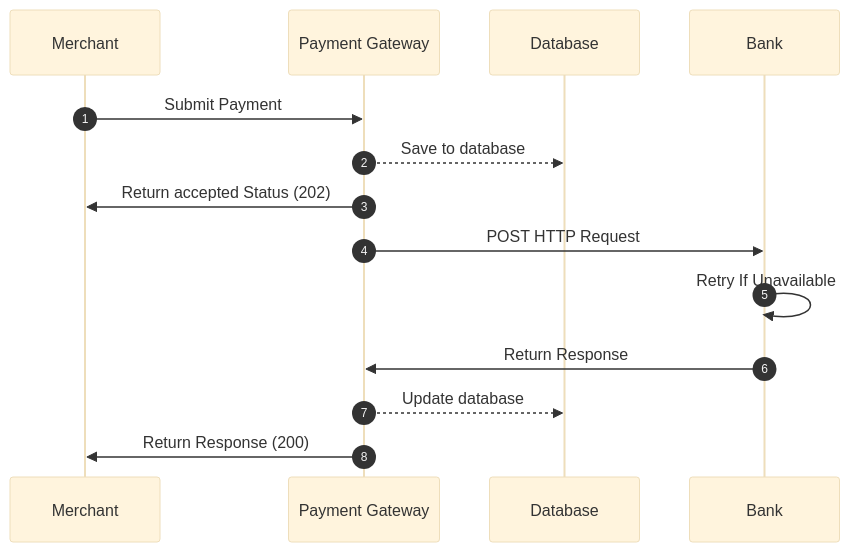
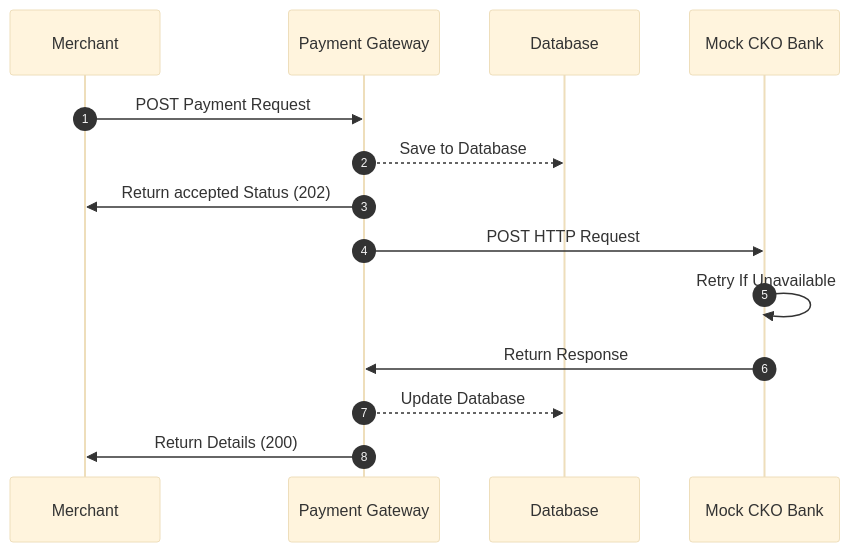
Before and after one commit to samjones00/payment-gateway: the first of 3 diagrams in Mermaid.md, drawn with Mermaid (base theme). The commit also changed other lines of this file and 69 other files, not shown here.

````diff
--- a/Mermaid.md
+++ b/Mermaid.md
@@ -3,17 +3,17 @@
 ```mermaid
 sequenceDiagram
     autonumber
     participant Merchant
     participant PG as Payment Gateway 
     participant DB as Database
-    participant Bank
-    Merchant->>PG: Submit Payment
-    PG-->>DB: Save to database
+    participant Bank as Mock CKO Bank
+    Merchant->>PG: POST Payment Request
+    PG-->>DB: Save to Database
     PG->>Merchant: Return accepted  Status (202)
 
     PG->>Bank: POST HTTP Request 
     Bank->>Bank: Retry If Unavailable     
     Bank->>PG: Return Response
-    PG-->>DB: Update database    
-    PG->>Merchant: Return Response (200)
+    PG-->>DB: Update Database    
+    PG->>Merchant: Return Details (200)
 ```
````
